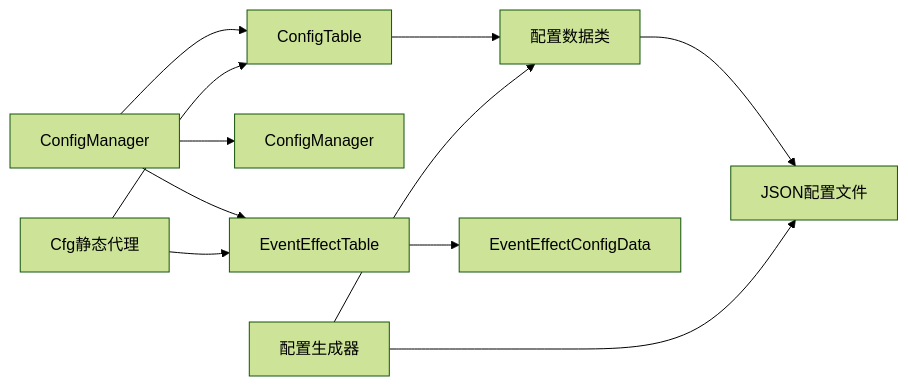
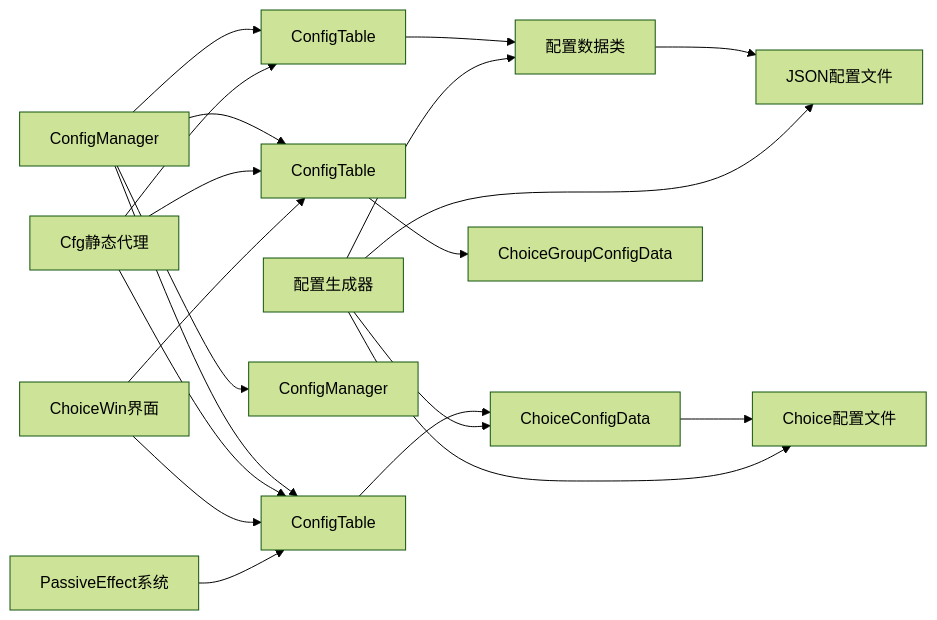
Before and after one commit to Tuusen/p1_client: the fourth of 4 diagrams in .qoder/repowiki/zh/content/配置管理系统/配置管理系统.md, drawn with Mermaid (forest theme). The commit also changed other lines of this file and 40 other files, not shown here.

````diff
--- a/.qoder/repowiki/zh/content/配置管理系统/配置管理系统.md
+++ b/.qoder/repowiki/zh/content/配置管理系统/配置管理系统.md
@@ -554,13 +769,22 @@
 ```mermaid
 graph LR
 CM["ConfigManager"] --> CT["ConfigTable<T>"]
+CM --> CC["ConfigTable<ChoiceConfig>"]
+CM --> CG["ConfigTable<ChoiceGroupConfig>"]
 CM --> CMGR["ConfigManager"]
-CM --> EE["EventEffectTable"]
 CT --> Data["配置数据类"]
-EE --> EventEffectData["EventEffectConfigData"]
+CC --> ChoiceData["ChoiceConfigData"]
+CG --> ChoiceGroupData["ChoiceGroupConfigData"]
 CFG["Cfg静态代理"] --> CT
-CFG --> EE
+CFG --> CC
+CFG --> CG
 Data --> JSON["JSON配置文件"]
+ChoiceData --> ChoiceJSON["Choice配置文件"]
 GEN["配置生成器"] --> Data
+GEN --> ChoiceData
 GEN --> JSON
+GEN --> ChoiceJSON
+CW["ChoiceWin界面"] --> CC
+CW --> CG
+PE["PassiveEffect系统"] --> CC
 ```
````
